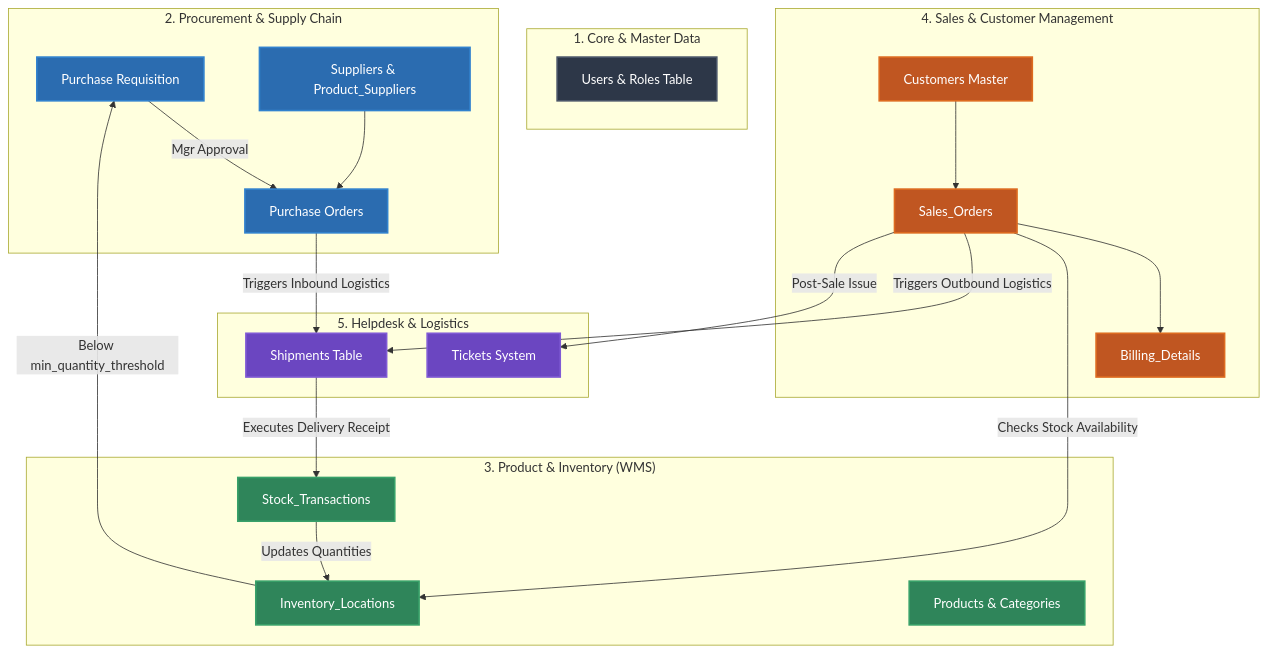
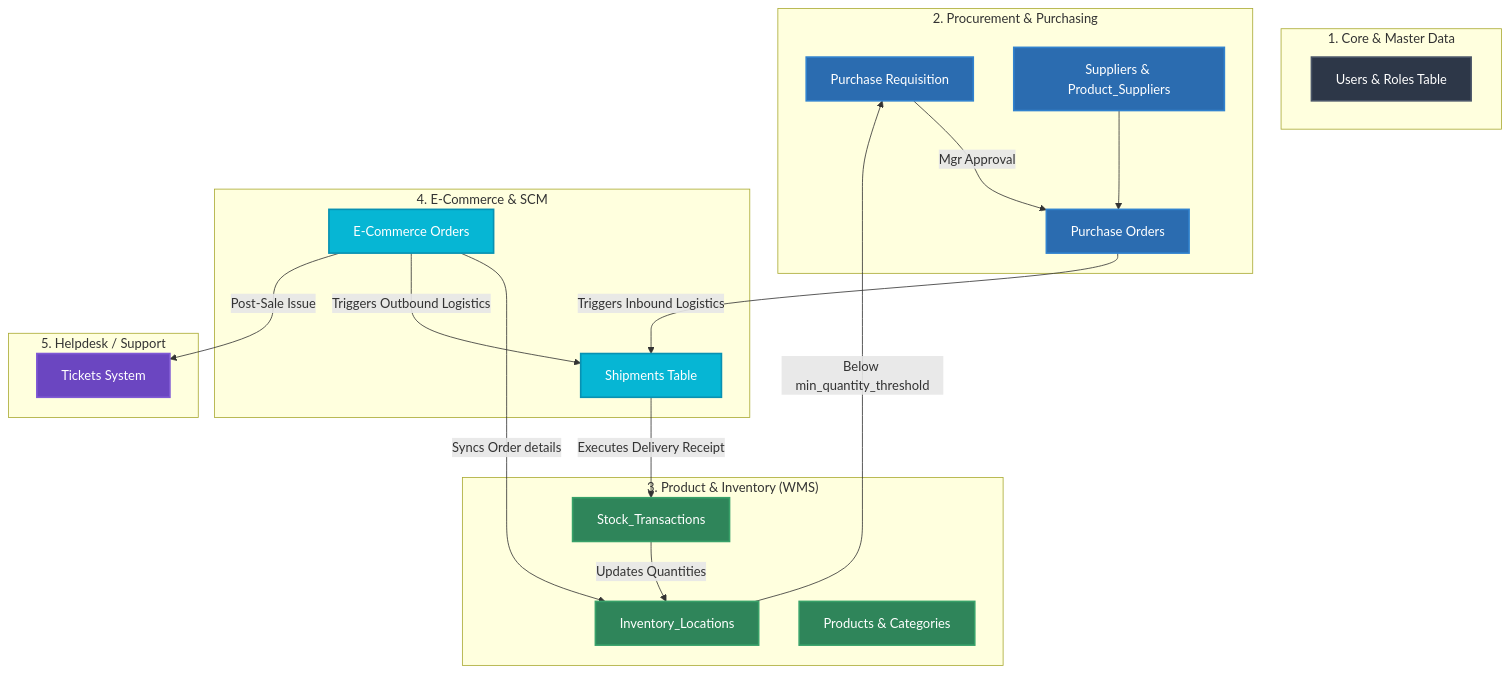
Before and after one commit to CardboardB0X/AmbatuGrow-RBAC: the diagram in docs/blueprints/system_orchestration.md, drawn with Mermaid. The commit also changed other lines of this file and 7 other files, not shown here.

Commit message:
feat: focus scope to WMS, Helpdesk, SCM, E-Commerce, and Procurement modules

````diff
--- a/docs/blueprints/system_orchestration.md
+++ b/docs/blueprints/system_orchestration.md
@@ -9,45 +9,44 @@
 ```mermaid
 flowchart TB
     %% Styling Definitions
     classDef core fill:#2d3748,stroke:#4a5568,stroke-width:2px,color:#fff;
     classDef proc fill:#2b6cb0,stroke:#3182ce,stroke-width:2px,color:#fff;
     classDef inv fill:#2f855a,stroke:#38a169,stroke-width:2px,color:#fff;
-    classDef sales fill:#c05621,stroke:#dd6b20,stroke-width:2px,color:#fff;
     classDef help fill:#6b46c1,stroke:#805ad5,stroke-width:2px,color:#fff;
+    classDef ecom fill:#06b6d4,stroke:#0891b2,stroke-width:2px,color:#fff;
 
     %% Modules as Subgraphs
     subgraph Core_Master ["1. Core & Master Data"]
-        U[Users & Roles Table]:::core
+        U["Users & Roles Table"]:::core
     end
 
-    subgraph Procurement_SCM ["2. Procurement & Supply Chain"]
+    subgraph Procurement_SCM ["2. Procurement & Purchasing"]
         PR[Purchase Requisition]:::proc -->|Mgr Approval| PO[Purchase Orders]:::proc
-        SUP[Suppliers & Product_Suppliers]:::proc --> PO
+        SUP["Suppliers & Product_Suppliers"]:::proc --> PO
     end
 
     subgraph Inventory_WMS ["3. Product & Inventory (WMS)"]
         INV[Inventory_Locations]:::inv
         ST[Stock_Transactions]:::inv
-        PROD[Products & Categories]:::inv
+        PROD["Products & Categories"]:::inv
     end
 
-    subgraph Sales_CRM ["4. Sales & Customer Management"]
-        CUST[Customers Master]:::sales --> SO[Sales_Orders]:::sales
-        SO --> BIL[Billing_Details]:::sales
+    subgraph Digital_Sales ["4. E-Commerce & SCM"]
+        EC[E-Commerce Orders]:::ecom
+        SHIP[Shipments Table]:::ecom
     end
 
-    subgraph Helpdesk_Logistics ["5. Helpdesk & Logistics"]
-        SHIP[Shipments Table]:::help
+    subgraph Support_Logistics ["5. Helpdesk / Support"]
         TICK[Tickets System]:::help
     end
 
     %% Data Orchestration Connections
     INV -->|Below min_quantity_threshold| PR
     PO -->|Triggers Inbound Logistics| SHIP
     SHIP -->|Executes Delivery Receipt| ST
     ST -->|Updates Quantities| INV
 
-    SO -->|Checks Stock Availability| INV
-    SO -->|Triggers Outbound Logistics| SHIP
-    SO -->|Post-Sale Issue| TICK
+    EC -->|Syncs Order details| INV
+    EC -->|Triggers Outbound Logistics| SHIP
+    EC -->|Post-Sale Issue| TICK
 ```
````
